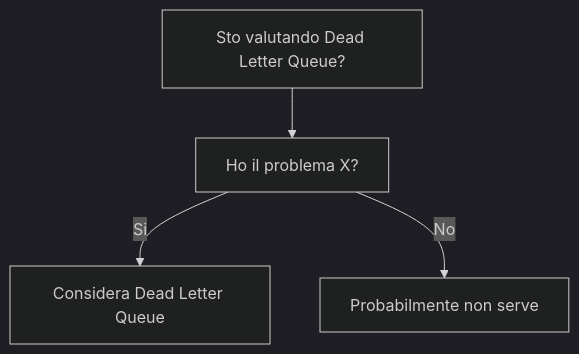
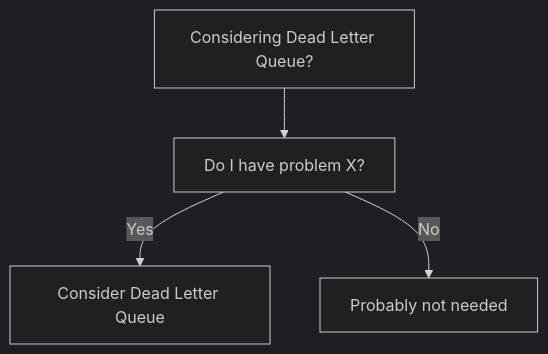
The diagram in dev-wiki/13_Integration/Patterns/Dead_Letter_Queue/When_To_Use.md (HxT9/Software-Dev-Wiki), drawn with Mermaid (dark theme) before and after one commit. The commit also changed other lines of this file and 3444 other files, not shown here.

````diff
--- a/dev-wiki/13_Integration/Patterns/Dead_Letter_Queue/When_To_Use.md
+++ b/dev-wiki/13_Integration/Patterns/Dead_Letter_Queue/When_To_Use.md
@@ -19,6 +19,6 @@
 ```mermaid
 flowchart TD
-  Q[Sto valutando Dead Letter Queue?] --> Q1[Ho il problema X?]
-  Q1 -->|Si| OK[Considera Dead Letter Queue]
-  Q1 -->|No| NO[Probabilmente non serve]
+  Q[Considering Dead Letter Queue?] --> Q1[Do I have problem X?]
+  Q1 -->|Yes| OK[Consider Dead Letter Queue]
+  Q1 -->|No| NO[Probably not needed]
 ```
````
